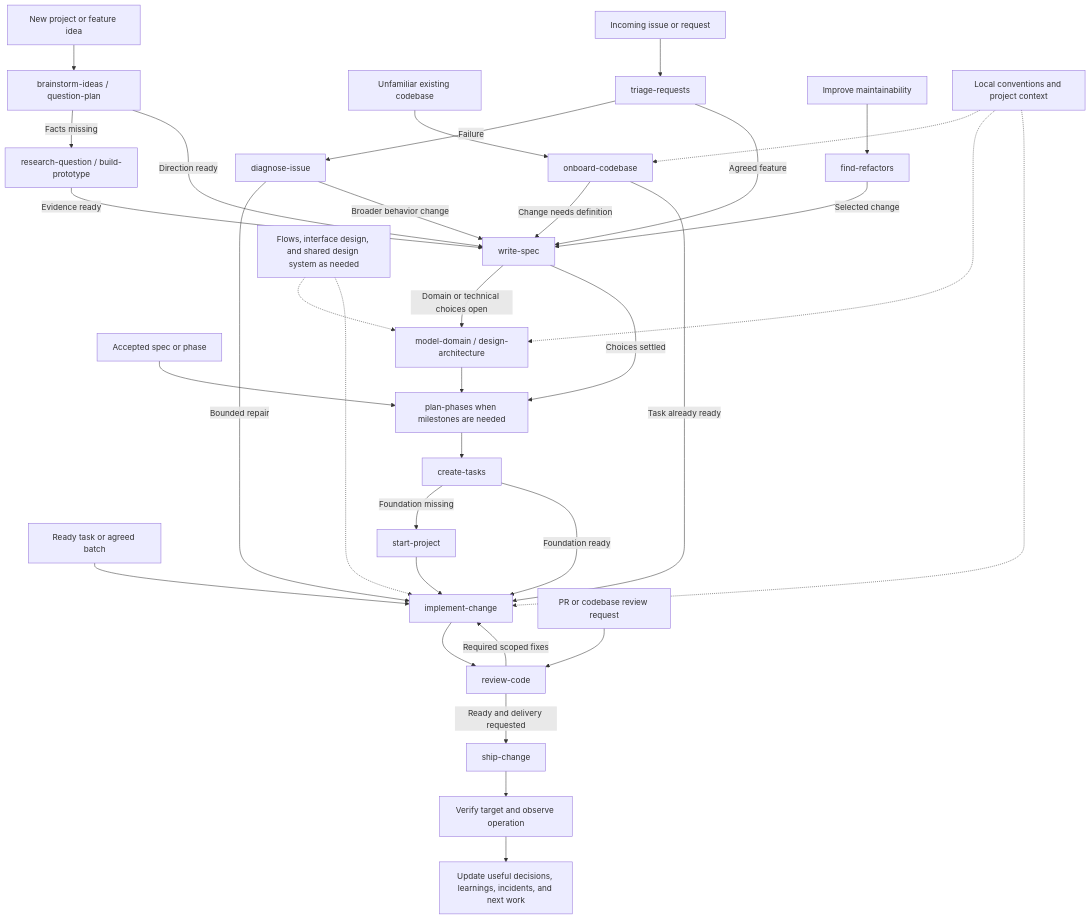
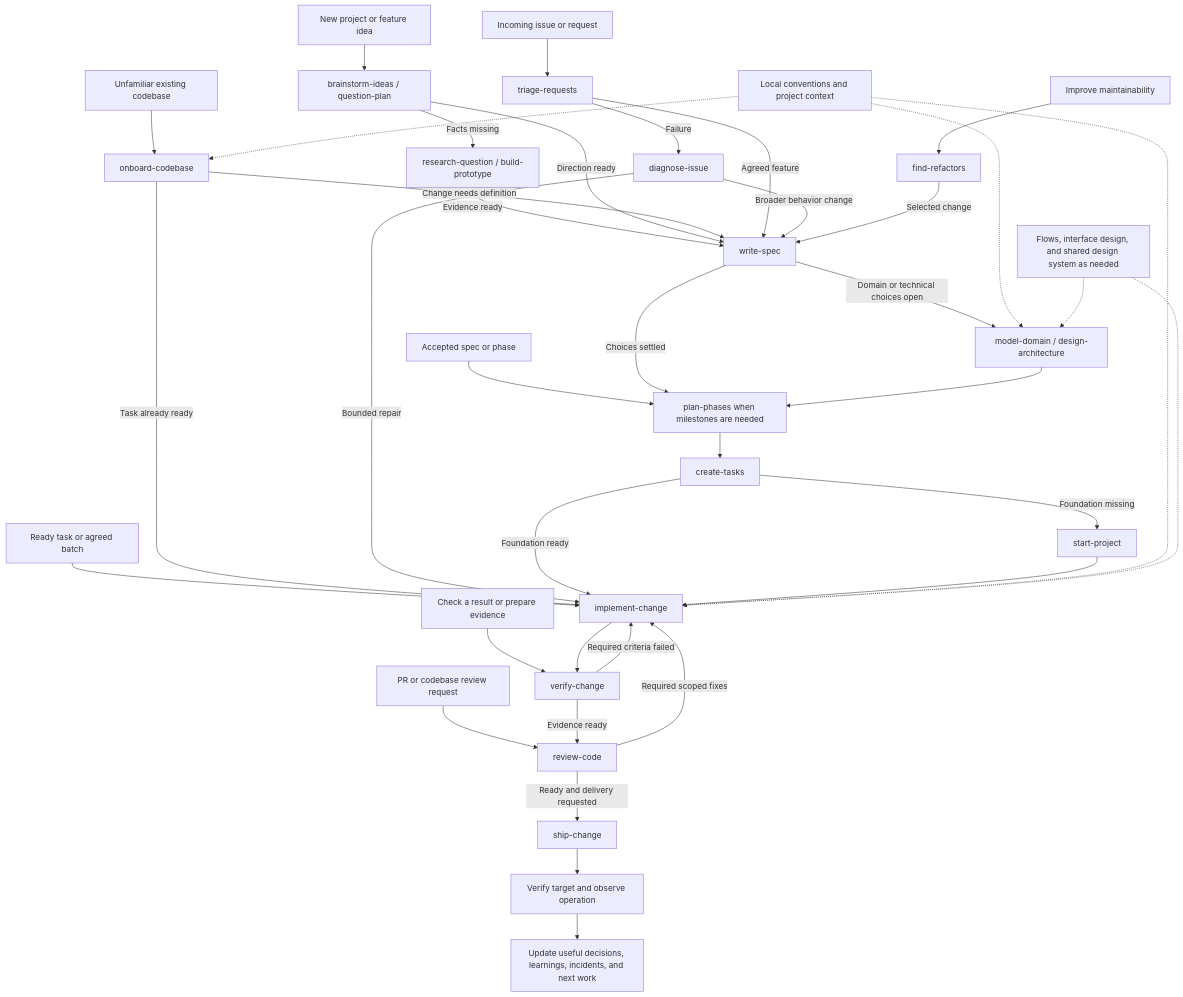
The first of 2 diagrams in docs/workflows.md (bobalazek/skills), drawn with Mermaid before and after one commit. The commit also changed other lines of this file and 16 other files, not shown here.

````diff
--- a/docs/workflows.md
+++ b/docs/workflows.md
@@ -23,39 +24,42 @@
 ```mermaid
 flowchart TD
   Idea["New project or feature idea"] --> Brainstorm["brainstorm-ideas / question-plan"]
   Inherit["Unfamiliar existing codebase"] --> Onboard["onboard-codebase"]
   Incoming["Incoming issue or request"] --> Triage["triage-requests"]
   Refactor["Improve maintainability"] --> Find["find-refactors"]
   ReadySpec["Accepted spec or phase"] --> Phases["plan-phases when milestones are needed"]
   ReadyTask["Ready task or agreed batch"] --> Implement["implement-change"]
   Audit["PR or codebase review request"] --> Review["review-code"]
+  Evidence["Check a result or prepare evidence"] --> Verify["verify-change"]
 
   Brainstorm -->|Facts missing| Research["research-question / build-prototype"]
   Research -->|Evidence ready| Spec["write-spec"]
   Brainstorm -->|Direction ready| Spec
   Onboard -->|Change needs definition| Spec
   Onboard -->|Task already ready| Implement
   Triage -->|Failure| Diagnose["diagnose-issue"]
   Triage -->|Agreed feature| Spec
   Diagnose -->|Bounded repair| Implement
   Diagnose -->|Broader behavior change| Spec
   Find -->|Selected change| Spec
   Spec -->|Domain or technical choices open| Design["model-domain / design-architecture"]
   Spec -->|Choices settled| Phases
   Design --> Phases
   Phases --> Tasks["create-tasks"]
   Tasks -->|Foundation missing| Start["start-project"]
   Tasks -->|Foundation ready| Implement
   Start --> Implement
-  Implement --> Review
+  Implement --> Verify
+  Verify -->|Required criteria failed| Implement
+  Verify -->|Evidence ready| Review
   Review -->|Required scoped fixes| Implement
   Review -->|Ready and delivery requested| Ship["ship-change"]
   Ship --> Observe["Verify target and observe operation"]
   Observe --> Learn["Update useful decisions, learnings, incidents, and next work"]
 
   Context["Local conventions and project context"] -.-> Onboard
   Context -.-> Design
   Context -.-> Implement
   UI["Flows, interface design, and shared design system as needed"] -.-> Design
   UI -.-> Implement
 ```
````
